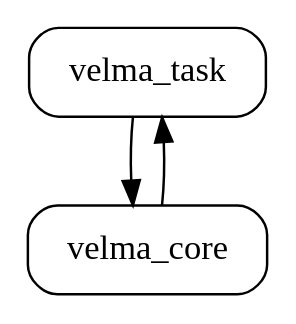
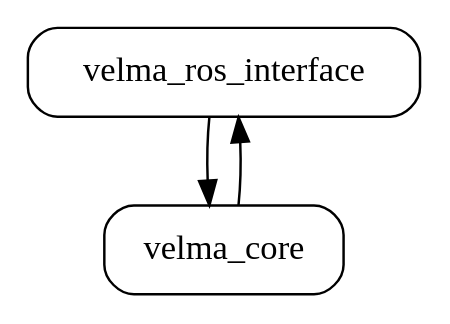
Before and after one commit to RCPRG-ros-pkg/velma_docs: the diagram in public/img/agents.dot, drawn with Graphviz. The commit also changed 12 other files, not shown here.

Commit message:
changed velma_task to velma_ros_interface

```diff
--- a/public/img/agents.dot
+++ b/public/img/agents.dot
@@ -1,9 +1,9 @@
 digraph graphname {
-    velma_task [style=filled shape=box style=rounded label = "velma_task"];
+    velma_ros_interface [style=filled shape=box style=rounded label = "velma_ros_interface"];
     {rank=sink velma_core [style=filled shape=box style=rounded label = "velma_core"];}
 
-    velma_task -> velma_core;
-    velma_core -> velma_task;
+    velma_ros_interface -> velma_core;
+    velma_core -> velma_ros_interface;
 
     margin=0;   # for whole graph
 }
```
